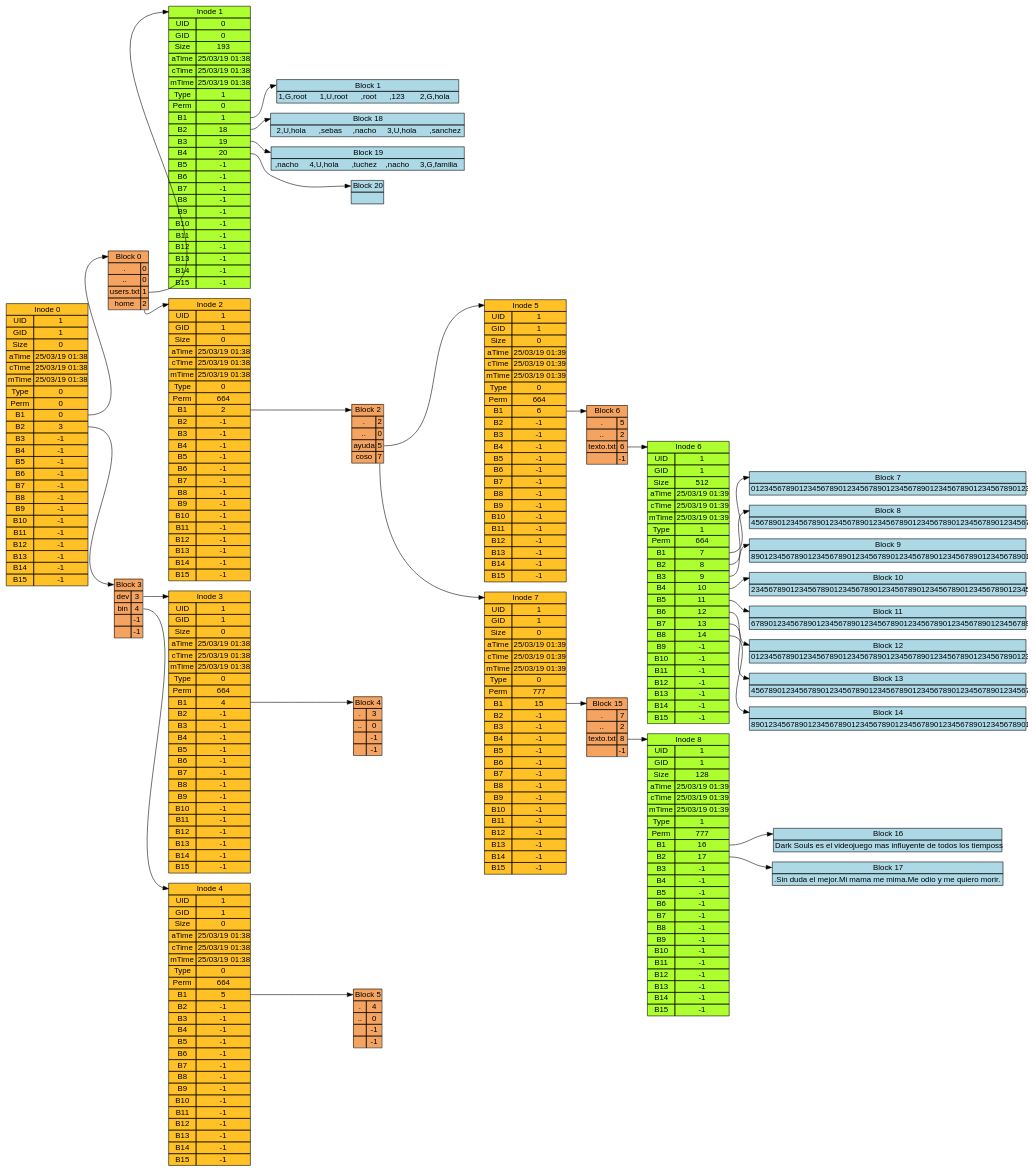
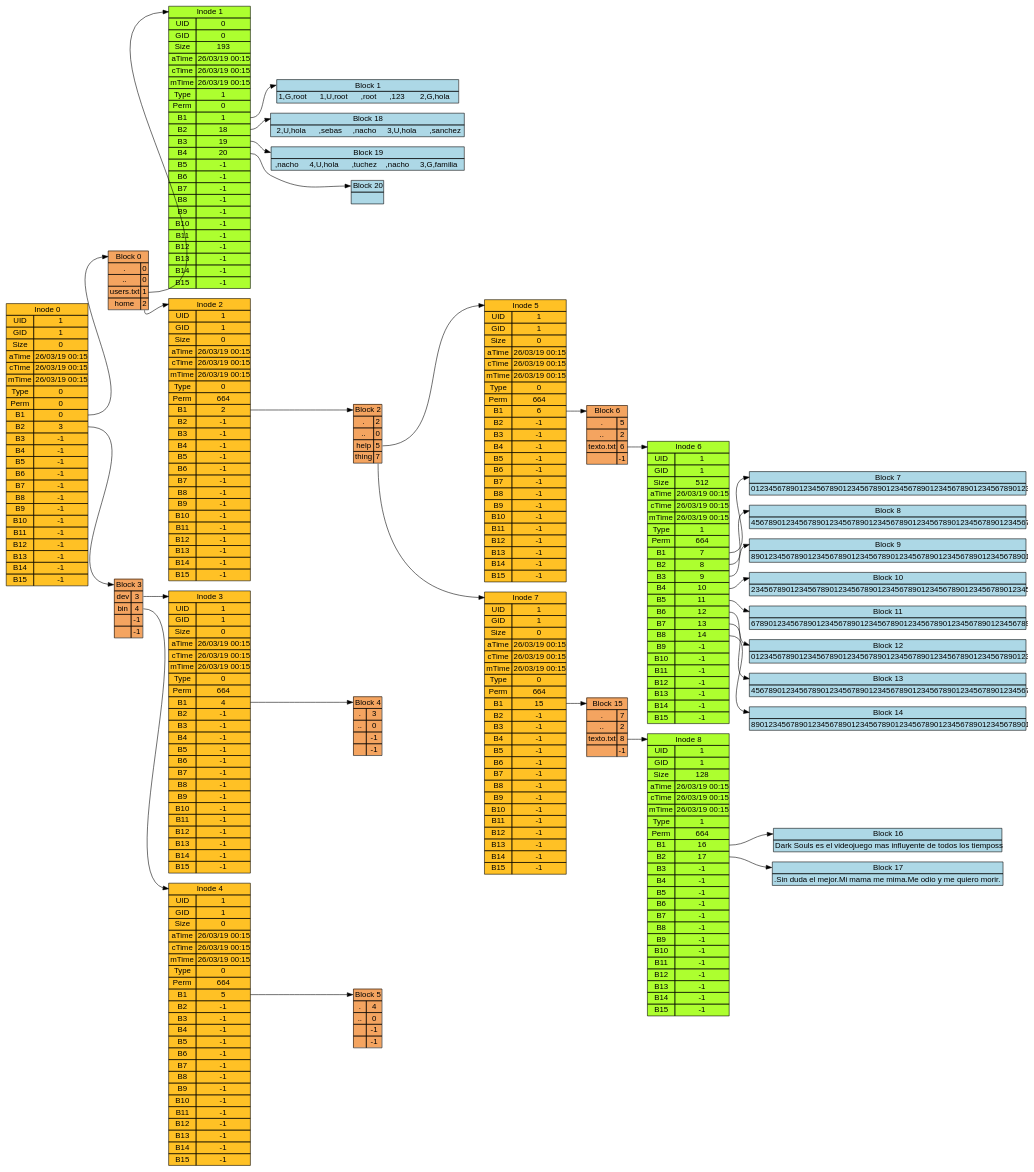
One commit to SebastianSNZ/FailsOwO changed the diagram in build-UltraFileManager-Desktop_Qt_5_5_1_GCC_32bit-Debug/tree.dot. Above: the diagram before and after it, drawn with Graphviz. The commit also changed 8 other files, not shown here.

```diff
--- a/build-UltraFileManager-Desktop_Qt_5_5_1_GCC_32bit-Debug/tree.dot
+++ b/build-UltraFileManager-Desktop_Qt_5_5_1_GCC_32bit-Debug/tree.dot
@@ -9,9 +9,9 @@
 			<tr> <td>UID</td> <td>1</td> </tr>
 			<tr> <td>GID</td> <td>1</td> </tr>
 			<tr> <td>Size</td> <td>0</td> </tr>
-			<tr> <td>aTime</td> <td>25/03/19 01:38</td> </tr>
-			<tr> <td>cTime</td> <td>25/03/19 01:38</td> </tr>
-			<tr> <td>mTime</td> <td>25/03/19 01:38</td> </tr>
+			<tr> <td>aTime</td> <td>26/03/19 00:15</td> </tr>
+			<tr> <td>cTime</td> <td>26/03/19 00:15</td> </tr>
+			<tr> <td>mTime</td> <td>26/03/19 00:15</td> </tr>
 			<tr> <td>Type</td> <td>0</td> </tr>
 			<tr> <td>Perm</td> <td>0</td> </tr>
 			<tr> <td>B1</td> <td PORT = "f0">0</td> </tr>
@@ -46,9 +46,9 @@
 			<tr> <td>UID</td> <td>0</td> </tr>
 			<tr> <td>GID</td> <td>0</td> </tr>
 			<tr> <td>Size</td> <td>193</td> </tr>
-			<tr> <td>aTime</td> <td>25/03/19 01:38</td> </tr>
-			<tr> <td>cTime</td> <td>25/03/19 01:38</td> </tr>
-			<tr> <td>mTime</td> <td>25/03/19 01:38</td> </tr>
+			<tr> <td>aTime</td> <td>26/03/19 00:15</td> </tr>
+			<tr> <td>cTime</td> <td>26/03/19 00:15</td> </tr>
+			<tr> <td>mTime</td> <td>26/03/19 00:15</td> </tr>
 			<tr> <td>Type</td> <td>1</td> </tr>
 			<tr> <td>Perm</td> <td>0</td> </tr>
 			<tr> <td>B1</td> <td PORT = "f0">1</td> </tr>
@@ -110,9 +110,9 @@
 			<tr> <td>UID</td> <td>1</td> </tr>
 			<tr> <td>GID</td> <td>1</td> </tr>
 			<tr> <td>Size</td> <td>0</td> </tr>
-			<tr> <td>aTime</td> <td>25/03/19 01:38</td> </tr>
-			<tr> <td>cTime</td> <td>25/03/19 01:38</td> </tr>
-			<tr> <td>mTime</td> <td>25/03/19 01:38</td> </tr>
+			<tr> <td>aTime</td> <td>26/03/19 00:15</td> </tr>
+			<tr> <td>cTime</td> <td>26/03/19 00:15</td> </tr>
+			<tr> <td>mTime</td> <td>26/03/19 00:15</td> </tr>
 			<tr> <td>Type</td> <td>0</td> </tr>
 			<tr> <td>Perm</td> <td>664</td> </tr>
 			<tr> <td>B1</td> <td PORT = "f0">2</td> </tr>
@@ -137,8 +137,8 @@
 			<tr> <td colspan = "2" PORT="p">Block 2</td> </tr>
 			<tr> <td>.</td> <td PORT = "f0">2</td> </tr>
 			<tr> <td>..</td> <td PORT = "f1">0</td> </tr>
-			<tr> <td>ayuda</td> <td PORT = "f2">5</td> </tr>
-			<tr> <td>coso</td> <td PORT = "f3">7</td> </tr>
+			<tr> <td>help</td> <td PORT = "f2">5</td> </tr>
+			<tr> <td>thing</td> <td PORT = "f3">7</td> </tr>
 	</table> >];
 
 	in5 [shape=none, margin=0, label =<
@@ -147,9 +147,9 @@
 			<tr> <td>UID</td> <td>1</td> </tr>
 			<tr> <td>GID</td> <td>1</td> </tr>
 			<tr> <td>Size</td> <td>0</td> </tr>
-			<tr> <td>aTime</td> <td>25/03/19 01:39</td> </tr>
-			<tr> <td>cTime</td> <td>25/03/19 01:39</td> </tr>
-			<tr> <td>mTime</td> <td>25/03/19 01:39</td> </tr>
+			<tr> <td>aTime</td> <td>26/03/19 00:15</td> </tr>
+			<tr> <td>cTime</td> <td>26/03/19 00:15</td> </tr>
+			<tr> <td>mTime</td> <td>26/03/19 00:15</td> </tr>
 			<tr> <td>Type</td> <td>0</td> </tr>
 			<tr> <td>Perm</td> <td>664</td> </tr>
 			<tr> <td>B1</td> <td PORT = "f0">6</td> </tr>
@@ -184,9 +184,9 @@
 			<tr> <td>UID</td> <td>1</td> </tr>
 			<tr> <td>GID</td> <td>1</td> </tr>
 			<tr> <td>Size</td> <td>512</td> </tr>
-			<tr> <td>aTime</td> <td>25/03/19 01:39</td> </tr>
-			<tr> <td>cTime</td> <td>25/03/19 01:39</td> </tr>
-			<tr> <td>mTime</td> <td>25/03/19 01:39</td> </tr>
+			<tr> <td>aTime</td> <td>26/03/19 00:15</td> </tr>
+			<tr> <td>cTime</td> <td>26/03/19 00:15</td> </tr>
+			<tr> <td>mTime</td> <td>26/03/19 00:15</td> </tr>
 			<tr> <td>Type</td> <td>1</td> </tr>
 			<tr> <td>Perm</td> <td>664</td> </tr>
 			<tr> <td>B1</td> <td PORT = "f0">7</td> </tr>
@@ -271,11 +271,11 @@
 			<tr> <td>UID</td> <td>1</td> </tr>
 			<tr> <td>GID</td> <td>1</td> </tr>
 			<tr> <td>Size</td> <td>0</td> </tr>
-			<tr> <td>aTime</td> <td>25/03/19 01:39</td> </tr>
-			<tr> <td>cTime</td> <td>25/03/19 01:39</td> </tr>
-			<tr> <td>mTime</td> <td>25/03/19 01:39</td> </tr>
+			<tr> <td>aTime</td> <td>26/03/19 00:15</td> </tr>
+			<tr> <td>cTime</td> <td>26/03/19 00:15</td> </tr>
+			<tr> <td>mTime</td> <td>26/03/19 00:15</td> </tr>
 			<tr> <td>Type</td> <td>0</td> </tr>
-			<tr> <td>Perm</td> <td>777</td> </tr>
+			<tr> <td>Perm</td> <td>664</td> </tr>
 			<tr> <td>B1</td> <td PORT = "f0">15</td> </tr>
 			<tr> <td>B2</td> <td PORT = "f1">-1</td> </tr>
 			<tr> <td>B3</td> <td PORT = "f2">-1</td> </tr>
@@ -308,11 +308,11 @@
 			<tr> <td>UID</td> <td>1</td> </tr>
 			<tr> <td>GID</td> <td>1</td> </tr>
 			<tr> <td>Size</td> <td>128</td> </tr>
-			<tr> <td>aTime</td> <td>25/03/19 01:39</td> </tr>
-			<tr> <td>cTime</td> <td>25/03/19 01:39</td> </tr>
-			<tr> <td>mTime</td> <td>25/03/19 01:39</td> </tr>
+			<tr> <td>aTime</td> <td>26/03/19 00:15</td> </tr>
+			<tr> <td>cTime</td> <td>26/03/19 00:15</td> </tr>
+			<tr> <td>mTime</td> <td>26/03/19 00:15</td> </tr>
 			<tr> <td>Type</td> <td>1</td> </tr>
-			<tr> <td>Perm</td> <td>777</td> </tr>
+			<tr> <td>Perm</td> <td>664</td> </tr>
 			<tr> <td>B1</td> <td PORT = "f0">16</td> </tr>
 			<tr> <td>B2</td> <td PORT = "f1">17</td> </tr>
 			<tr> <td>B3</td> <td PORT = "f2">-1</td> </tr>
@@ -368,9 +368,9 @@
 			<tr> <td>UID</td> <td>1</td> </tr>
 			<tr> <td>GID</td> <td>1</td> </tr>
 			<tr> <td>Size</td> <td>0</td> </tr>
-			<tr> <td>aTime</td> <td>25/03/19 01:38</td> </tr>
-			<tr> <td>cTime</td> <td>25/03/19 01:38</td> </tr>
-			<tr> <td>mTime</td> <td>25/03/19 01:38</td> </tr>
+			<tr> <td>aTime</td> <td>26/03/19 00:15</td> </tr>
+			<tr> <td>cTime</td> <td>26/03/19 00:15</td> </tr>
+			<tr> <td>mTime</td> <td>26/03/19 00:15</td> </tr>
 			<tr> <td>Type</td> <td>0</td> </tr>
 			<tr> <td>Perm</td> <td>664</td> </tr>
 			<tr> <td>B1</td> <td PORT = "f0">4</td> </tr>
@@ -407,9 +407,9 @@
 			<tr> <td>UID</td> <td>1</td> </tr>
 			<tr> <td>GID</td> <td>1</td> </tr>
 			<tr> <td>Size</td> <td>0</td> </tr>
-			<tr> <td>aTime</td> <td>25/03/19 01:38</td> </tr>
-			<tr> <td>cTime</td> <td>25/03/19 01:38</td> </tr>
-			<tr> <td>mTime</td> <td>25/03/19 01:38</td> </tr>
+			<tr> <td>aTime</td> <td>26/03/19 00:15</td> </tr>
+			<tr> <td>cTime</td> <td>26/03/19 00:15</td> </tr>
+			<tr> <td>mTime</td> <td>26/03/19 00:15</td> </tr>
 			<tr> <td>Type</td> <td>0</td> </tr>
 			<tr> <td>Perm</td> <td>664</td> </tr>
 			<tr> <td>B1</td> <td PORT = "f0">5</td> </tr>
```
